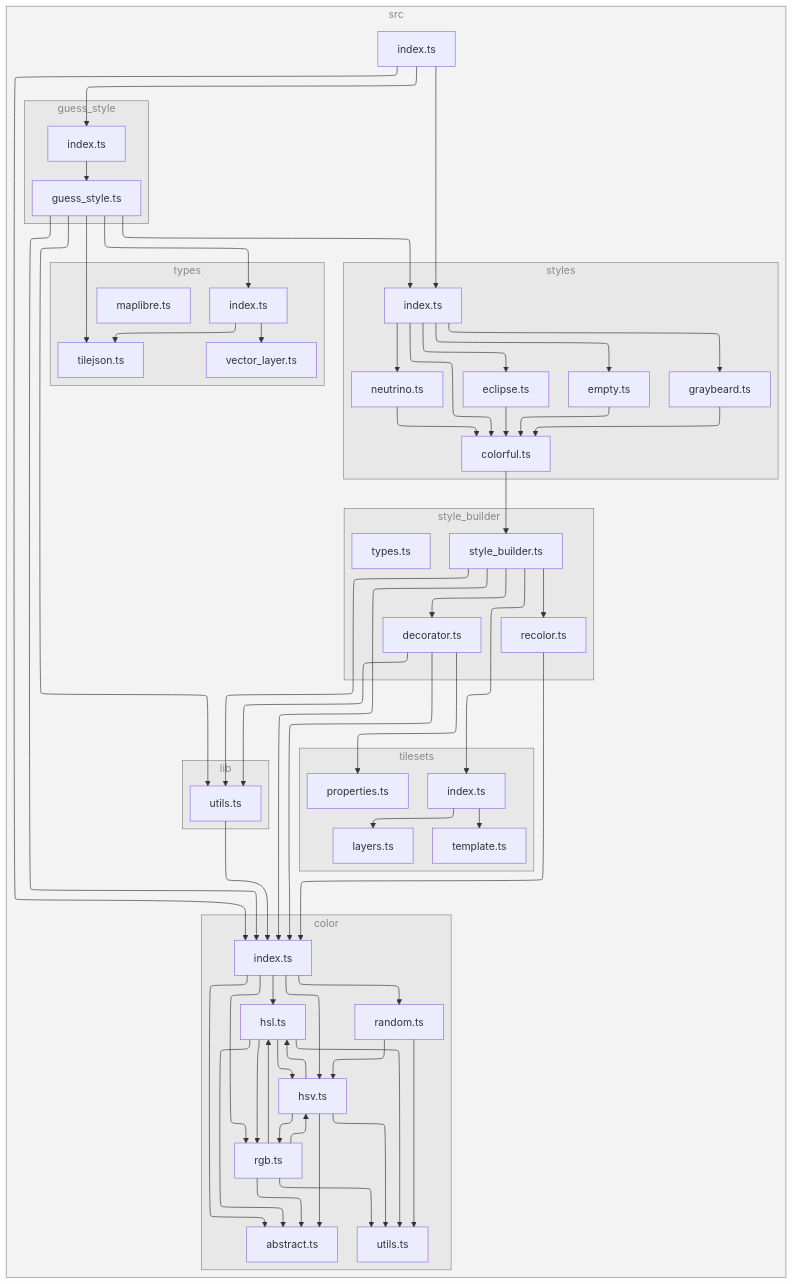
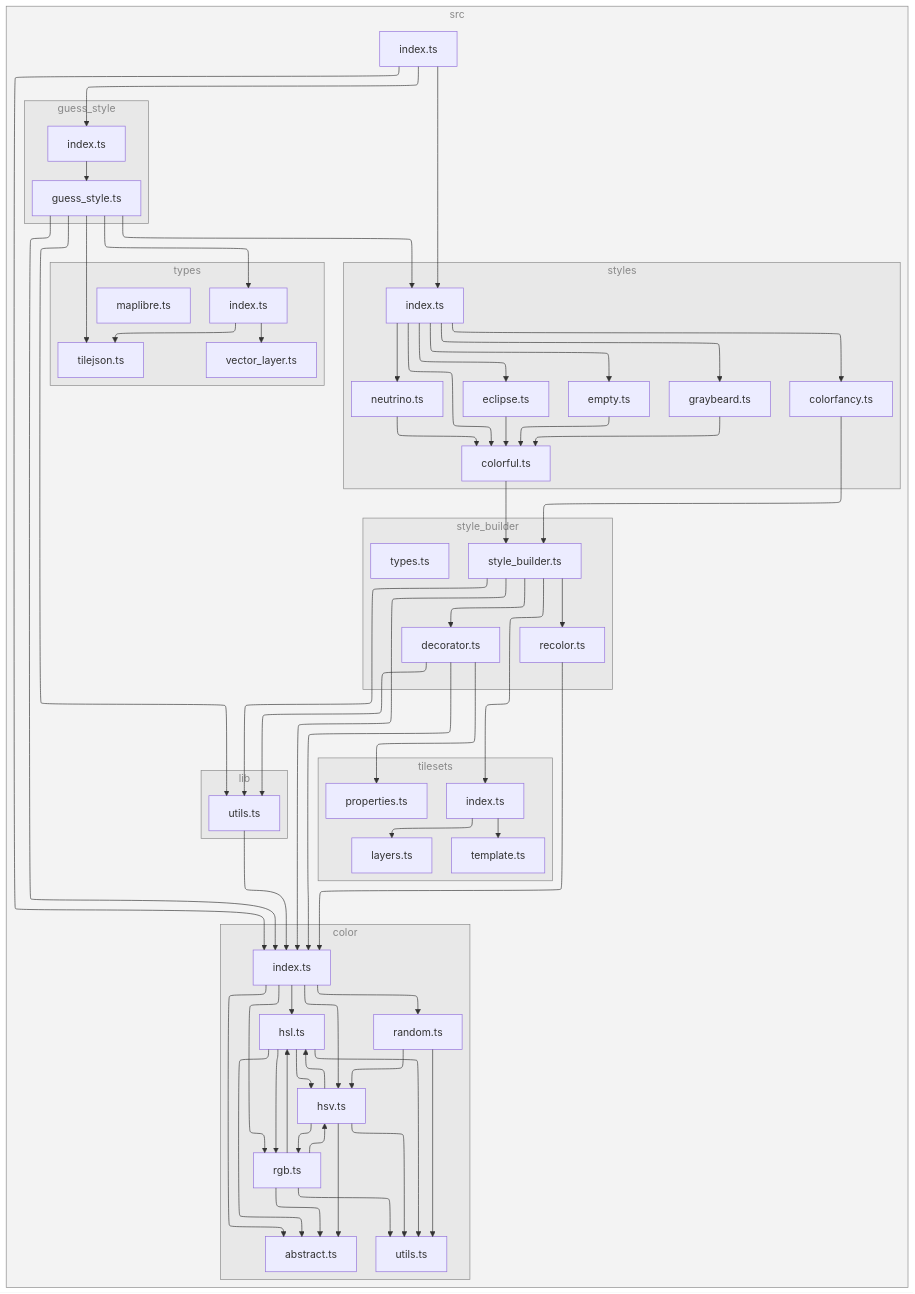
Before and after one commit to versatiles-org/versatiles-style: the diagram in README.MD, drawn with Mermaid. The commit also changed other lines of this file and 2 other files, not shown here.

Commit message:
add colorfancy to builder

````diff
--- a/README.MD
+++ b/README.MD
@@ -157,24 +158,25 @@
 end
 subgraph 9["guess_style"]
 A["guess_style.ts"]
-X["index.ts"]
+Y["index.ts"]
 end
 subgraph B["lib"]
 C["utils.ts"]
 end
 subgraph D["styles"]
 E["index.ts"]
-F["colorful.ts"]
-P["eclipse.ts"]
-Q["empty.ts"]
-R["graybeard.ts"]
-S["neutrino.ts"]
+F["colorfancy.ts"]
+P["colorful.ts"]
+Q["eclipse.ts"]
+R["empty.ts"]
+S["graybeard.ts"]
+T["neutrino.ts"]
 end
 subgraph G["style_builder"]
 H["style_builder.ts"]
 M["decorator.ts"]
 O["recolor.ts"]
-Z["types.ts"]
+10["types.ts"]
 end
 subgraph I["tilesets"]
 J["index.ts"]
@@ -182,13 +184,13 @@
 L["template.ts"]
 N["properties.ts"]
 end
-subgraph T["types"]
-U["index.ts"]
-V["tilejson.ts"]
-W["vector_layer.ts"]
-10["maplibre.ts"]
+subgraph U["types"]
+V["index.ts"]
+W["tilejson.ts"]
+X["vector_layer.ts"]
+11["maplibre.ts"]
 end
-Y["index.ts"]
+Z["index.ts"]
 end
 3-->2
 3-->4
@@ -212,14 +214,15 @@
 A-->7
 A-->C
 A-->E
-A-->U
 A-->V
+A-->W
 C-->7
 E-->F
 E-->P
 E-->Q
 E-->R
 E-->S
+E-->T
 F-->H
 H-->7
 H-->C
@@ -232,17 +235,18 @@
 M-->C
 M-->N
 O-->7
-P-->F
-Q-->F
-R-->F
-S-->F
-U-->V
-U-->W
-X-->A
-Y-->7
-Y-->X
-Y-->E
+P-->H
+Q-->P
+R-->P
+S-->P
+T-->P
+V-->W
+V-->X
+Y-->A
+Z-->7
+Z-->Y
+Z-->E
 
-class 0,1,9,B,D,G,I,T subgraphs;
+class 0,1,9,B,D,G,I,U subgraphs;
 classDef subgraphs fill-opacity:0.1, fill:#888, color:#888, stroke:#888;
 ```
````
